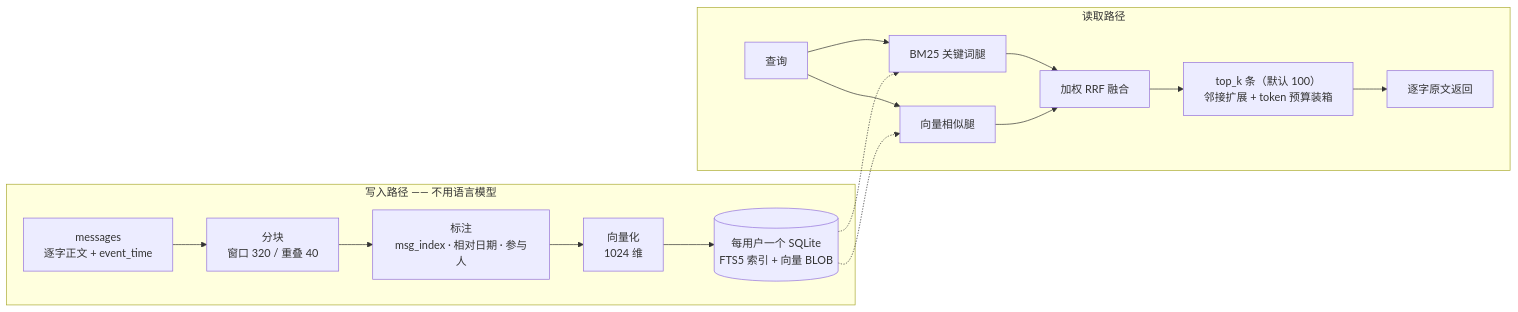
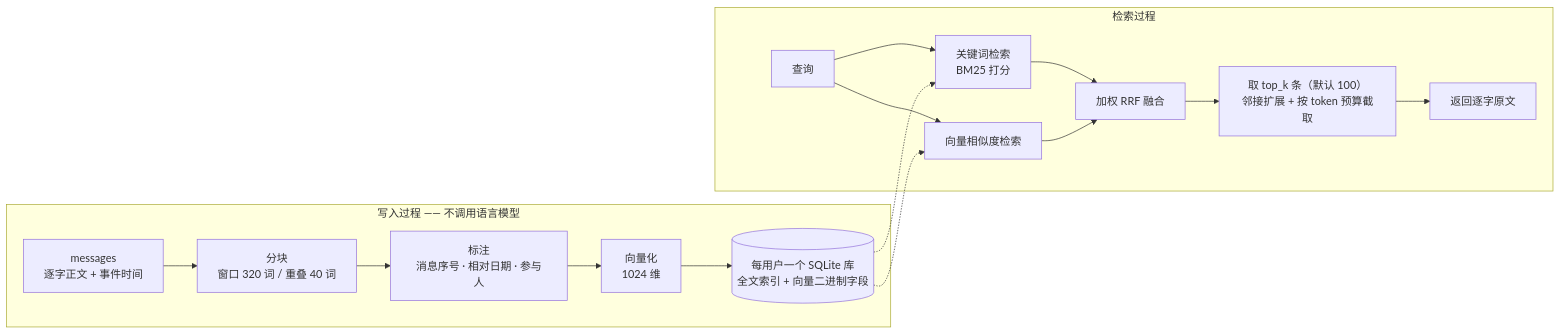
The diagram in README.md (xiaomijituan/agent-memory-service), drawn with Mermaid before and after one commit. The commit also changed other lines of this file, not shown here.

````diff
--- a/README.md
+++ b/README.md
@@ -145,19 +142,19 @@
 ```mermaid
 flowchart LR
-  subgraph write["写入路径 —— 不用语言模型"]
-    A["messages<br/>逐字正文 + event_time"] --> B["分块<br/>窗口 320 / 重叠 40"]
-    B --> C["标注<br/>msg_index · 相对日期 · 参与人"]
+  subgraph write["写入过程 —— 不调用语言模型"]
+    A["messages<br/>逐字正文 + 事件时间"] --> B["分块<br/>窗口 320 词 / 重叠 40 词"]
+    B --> C["标注<br/>消息序号 · 相对日期 · 参与人"]
     C --> D["向量化<br/>1024 维"]
-    D --> E[("每用户一个 SQLite<br/>FTS5 索引 + 向量 BLOB")]
+    D --> E[("每用户一个 SQLite 库<br/>全文索引 + 向量二进制字段")]
   end
-  subgraph read["读取路径"]
-    Q["查询"] --> L["BM25 关键词腿"]
-    Q --> V["向量相似腿"]
+  subgraph read["检索过程"]
+    Q["查询"] --> L["关键词检索<br/>BM25 打分"]
+    Q --> V["向量相似度检索"]
     L --> F["加权 RRF 融合"]
     V --> F
-    F --> R["top_k 条（默认 100）<br/>邻接扩展 + token 预算装箱"]
-    R --> S["逐字原文返回"]
+    F --> R["取 top_k 条（默认 100）<br/>邻接扩展 + 按 token 预算截取"]
+    R --> S["返回逐字原文"]
   end
   E -.-> L
   E -.-> V
 ```
````
